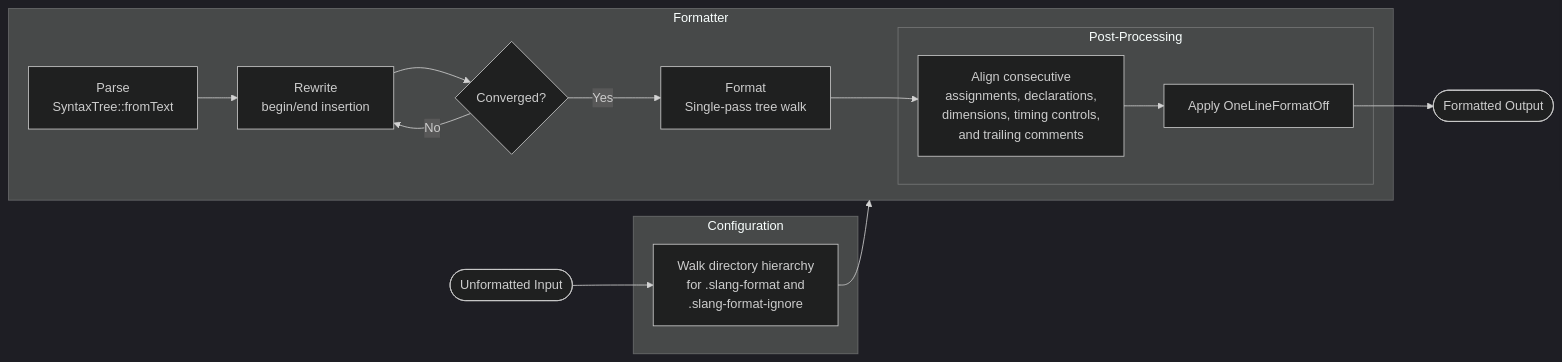
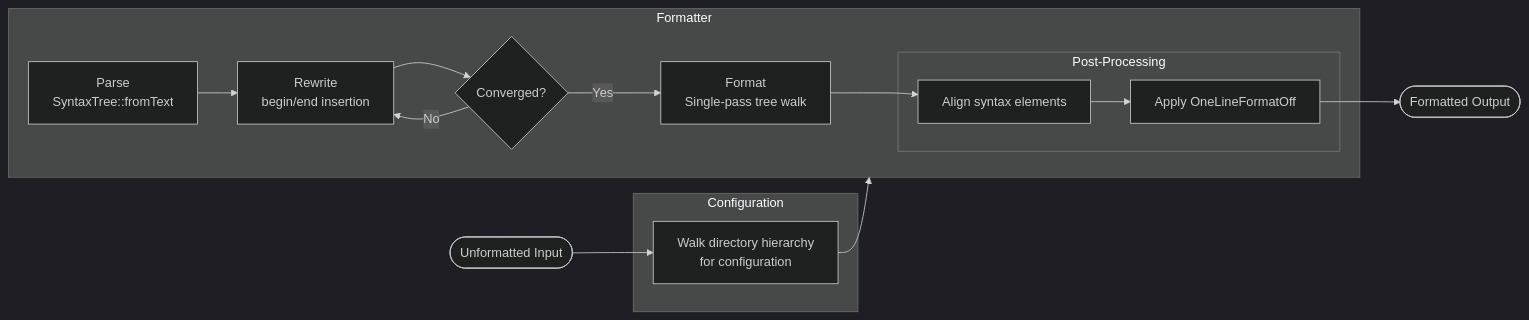
Before and after one commit to sstallion/slang-format: the diagram in docs/architecture.md, drawn with Mermaid (dark theme). The commit also changed other lines of this file and 4 other files, not shown here.

````diff
--- a/docs/architecture.md
+++ b/docs/architecture.md
@@ -40,30 +42,30 @@
 ```mermaid
 flowchart LR
     input([Unformatted Input])
     formatin --> formatter
 
     subgraph config [Configuration]
-        formatin[Walk directory hierarchy\nfor .slang-format and\n.slang-format-ignore]
+        formatin[Walk directory hierarchy\nfor configuration]
     end
 
     subgraph formatter [Formatter]
         parse[Parse\nSyntaxTree::fromText]
         rewrite[Rewrite\nbegin/end insertion]
         converged{Converged?}
         format[Format\nSingle-pass tree walk]
 
         subgraph postprocess [Post-Processing]
-            align[Align consecutive\nassignments, declarations,\ndimensions, timing controls,\nand trailing comments]
+            align[Align syntax elements]
             formatout[Apply OneLineFormatOff]
         end
 
         parse --> rewrite
         rewrite --> converged
         converged -- No --> rewrite
         converged -- Yes --> format
         format --> align --> formatout
     end
 
     input --> formatin
     formatout --> output([Formatted Output])
 ```
````
